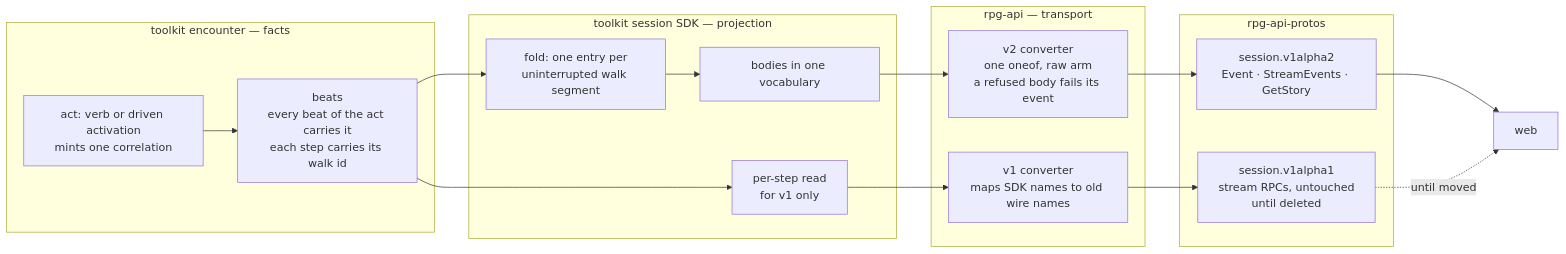
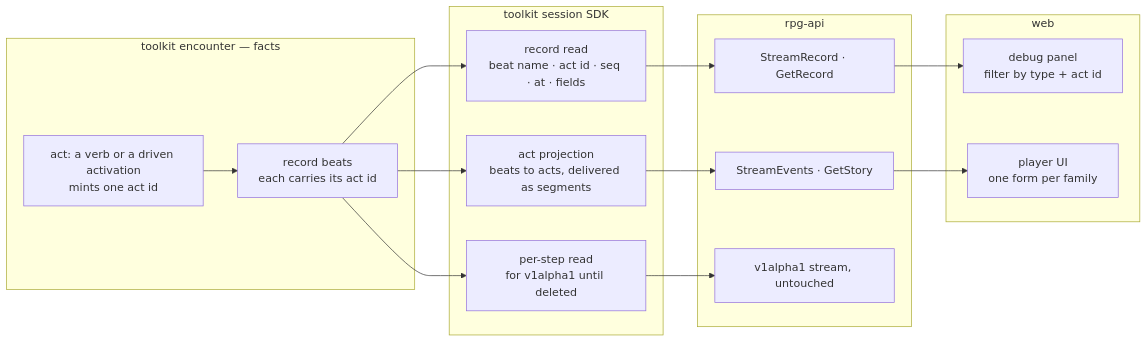
Before and after one commit to KirkDiggler/rpg-project: the first of 2 diagrams in ideas/event-stream/design.md, drawn with Mermaid. The commit also changed other lines of this file and 1 other file, not shown here.

First line of the commit message:
design: event stream — the record stream and the act stream on session v1alpha2 (#634)

````diff
--- a/ideas/event-stream/design.md
+++ b/ideas/event-stream/design.md
@@ -14,23 +14,25 @@
 ```mermaid
 flowchart LR
     subgraph encounter[toolkit encounter — facts]
-        A[act: verb or driven activation<br/>mints one correlation]
-        B[beats<br/>every beat of the act carries it<br/>each step carries its walk id]
+        A[act: a verb or a driven activation<br/>mints one act id]
+        B[record beats<br/>each carries its act id]
     end
-    subgraph session[toolkit session SDK — projection]
-        F[fold: one entry per<br/>uninterrupted walk segment]
-        V[bodies in one vocabulary]
-        S[per-step read<br/>for v1 only]
+    subgraph session[toolkit session SDK]
+        R[record read<br/>beat name · act id · seq · at · fields]
+        P[act projection<br/>beats to acts, delivered as segments]
+        S1[per-step read<br/>for v1alpha1 until deleted]
     end
-    subgraph api[rpg-api — transport]
-        C2[v2 converter<br/>one oneof, raw arm<br/>a refused body fails its event]
-        C1[v1 converter<br/>maps SDK names to old wire names]
+    subgraph api[rpg-api]
+        CR[StreamRecord · GetRecord]
+        CA[StreamEvents · GetStory]
+        C1[v1alpha1 stream, untouched]
     end
-    subgraph wire[rpg-api-protos]
-        P2[session.v1alpha2<br/>Event · StreamEvents · GetStory]
-        P1[session.v1alpha1<br/>stream RPCs, untouched<br/>until deleted]
+    subgraph web[web]
+        D[debug panel<br/>filter by type + act id]
+        U[player UI<br/>one form per family]
     end
-    W[web]
-    A --> B --> F --> V --> C2 --> P2 --> W
-    B --> S --> C1 --> P1 -. until moved .-> W
+    A --> B
+    B --> R --> CR --> D
+    B --> P --> CA --> U
+    B --> S1 --> C1
 ```
````
